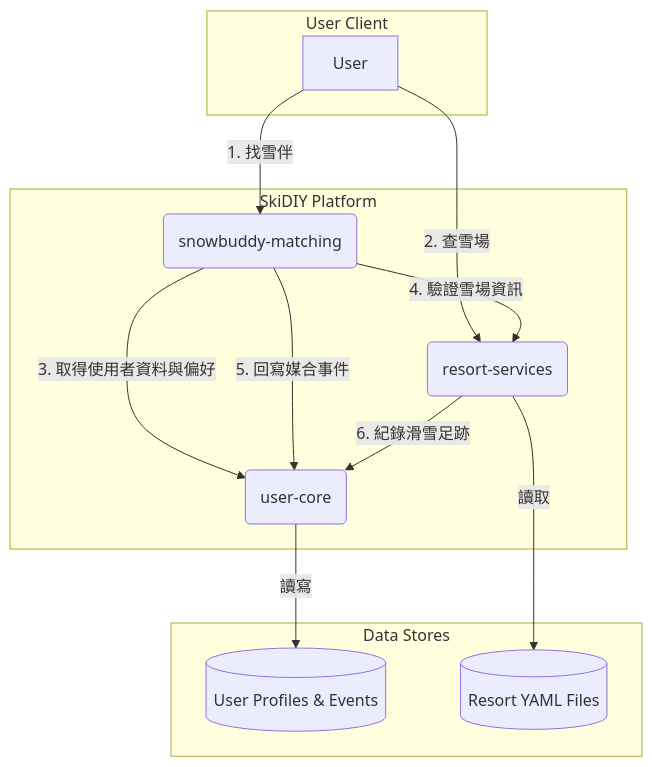
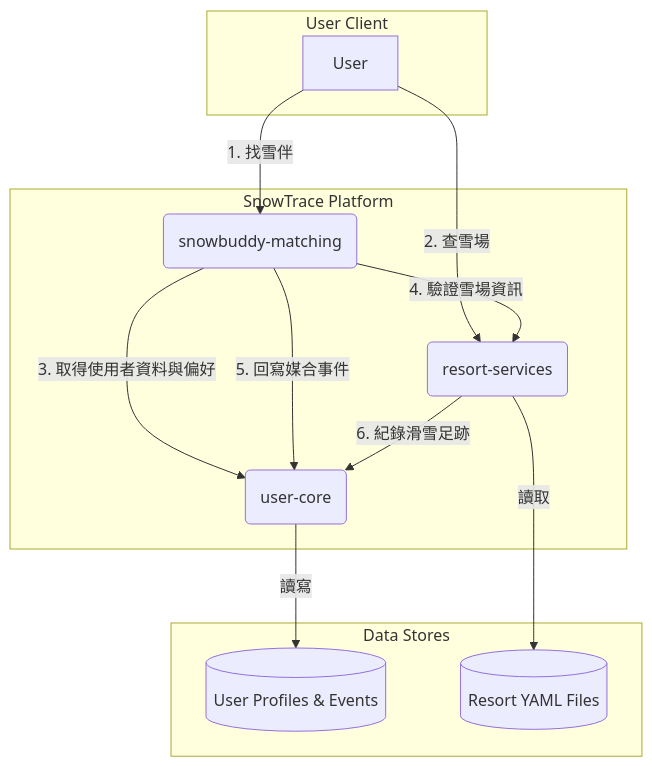
The diagram in DIYSKI_PLATFORM_OVERVIEW.md (James3014/snow-project), drawn with Mermaid before and after one commit. The commit also changed other lines of this file and 153 other files, not shown here.

First line of the commit message:
refactor: rebrand to SnowTrace and convert to Traditional Chinese

````diff
--- a/DIYSKI_PLATFORM_OVERVIEW.md
+++ b/DIYSKI_PLATFORM_OVERVIEW.md
@@ -9,29 +9,29 @@
 ```mermaid
 graph TD
     subgraph User Client
         A[User]
     end
 
-    subgraph SkiDIY Platform
+    subgraph SnowTrace Platform
         B(snowbuddy-matching)
         C(resort-services)
         D(user-core)
     end
 
     subgraph Data Stores
         DB1[(User Profiles & Events)]
         DB2[(Resort YAML Files)]
     end
 
     A -- "1. 找雪伴" --> B
     A -- "2. 查雪場" --> C
 
     B -- "3. 取得使用者資料與偏好" --> D
     B -- "4. 驗證雪場資訊" --> C
     B -- "5. 回寫媒合事件" --> D
 
     C -- "6. 紀錄滑雪足跡" --> D
 
     D -- "讀寫" --> DB1
     C -- "讀取" --> DB2
 ```
````
